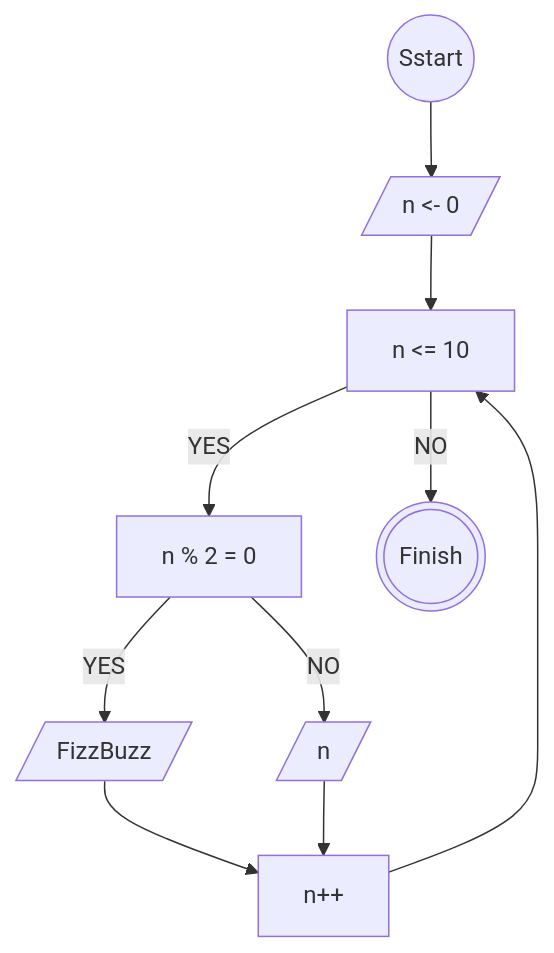
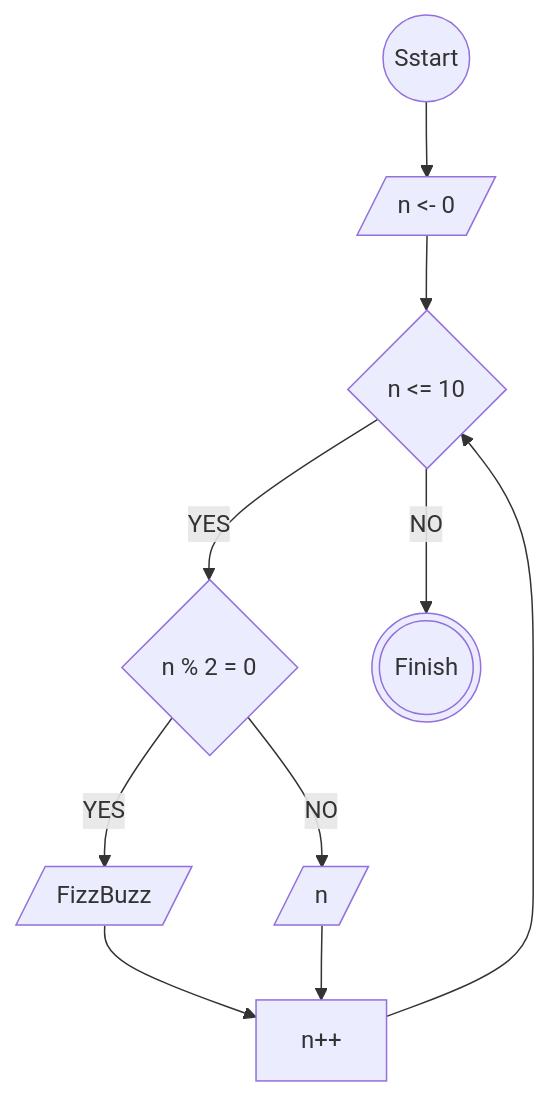
The diagram in fizzbuzz.md (dev-Flone/koda-b1-algoritm), drawn with Mermaid before and after one commit.

Commit message:
FizzBuzz(fix)

````diff
--- a/fizzbuzz.md
+++ b/fizzbuzz.md
@@ -2,18 +2,18 @@
 ``` mermaid
 flowchart TD
     start((Sstart))
     init[/n <- 0 /]
-    check[n <= 10]
-    check2[n % 2 = 0]
+    check{n <= 10}
+    check2{n % 2 = 0}
     increment[n++]
     output[/FizzBuzz/]
     finish(((Finish)))
 
     start --> init --> check
     check -- NO --> finish
     check -- YES --> check2
     check2 -- YES --> output
     check2 -- NO --> n[/n/]
     output --> increment --> check
     n --> increment
 ```
````
